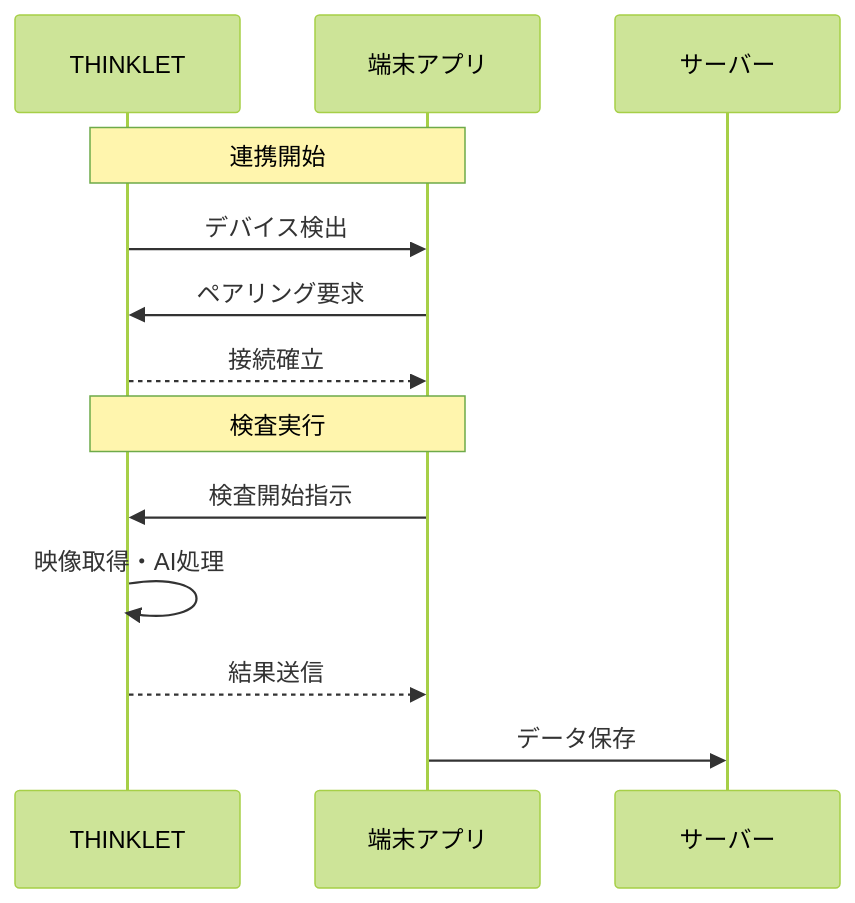
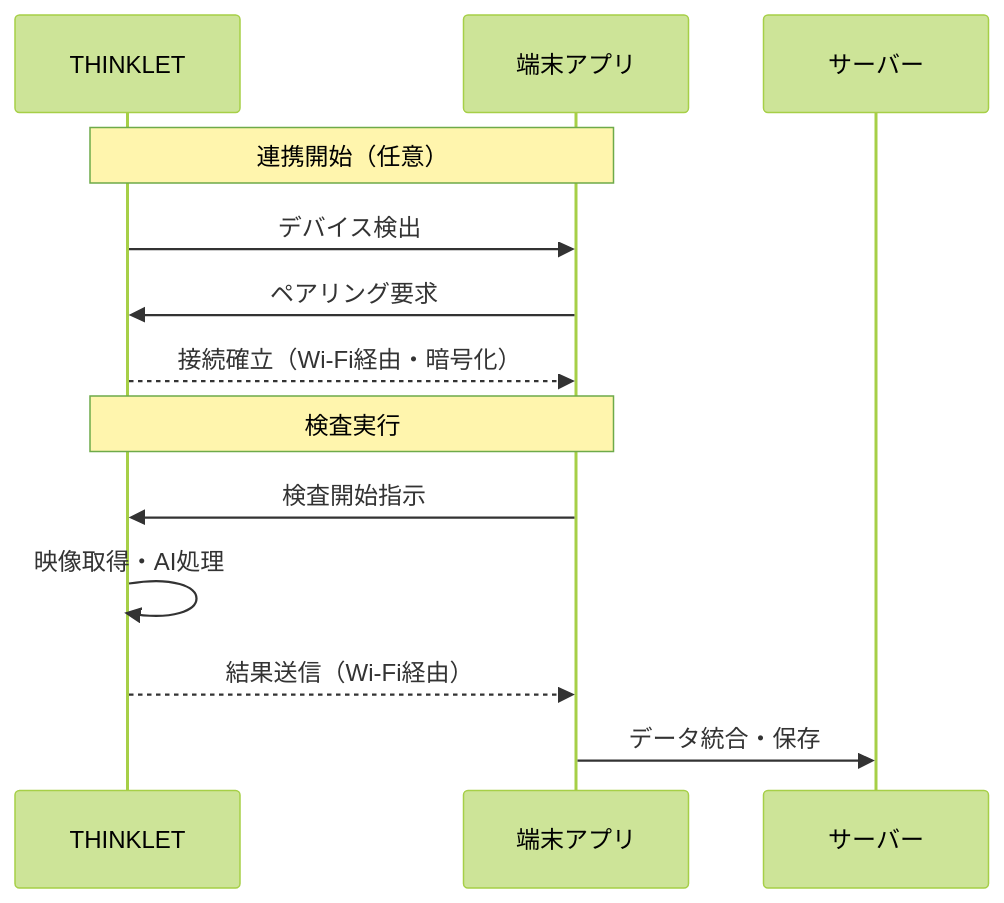
The third of 7 diagrams in docs/0300_設計_アプローチ1/0313_端末アプリ（ハンディターミナル・デスクトップ）設計.md (daichiTAAA/ImageFlowCanvas), drawn with Mermaid (forest theme) before and after one commit. The commit also changed other lines of this file and 1 other file, not shown here.

````diff
--- a/docs/0300_設計_アプローチ1/0313_端末アプリ（ハンディターミナル・デスクトップ）設計.md
+++ b/docs/0300_設計_アプローチ1/0313_端末アプリ（ハンディターミナル・デスクトップ）設計.md
@@ -343,17 +355,17 @@
 ```mermaid
 sequenceDiagram
     participant TH as THINKLET
     participant APP as 端末アプリ
     participant SRV as サーバー
     
-    Note over TH,APP: 連携開始
+    Note over TH,APP: 連携開始（任意）
     TH->>APP: デバイス検出
     APP->>TH: ペアリング要求
-    TH-->>APP: 接続確立
+    TH-->>APP: 接続確立（Wi-Fi経由・暗号化）
     
     Note over TH,APP: 検査実行
     APP->>TH: 検査開始指示
     TH->>TH: 映像取得・AI処理
-    TH-->>APP: 結果送信
-    APP->>SRV: データ保存
+    TH-->>APP: 結果送信（Wi-Fi経由）
+    APP->>SRV: データ統合・保存
 ```
````
